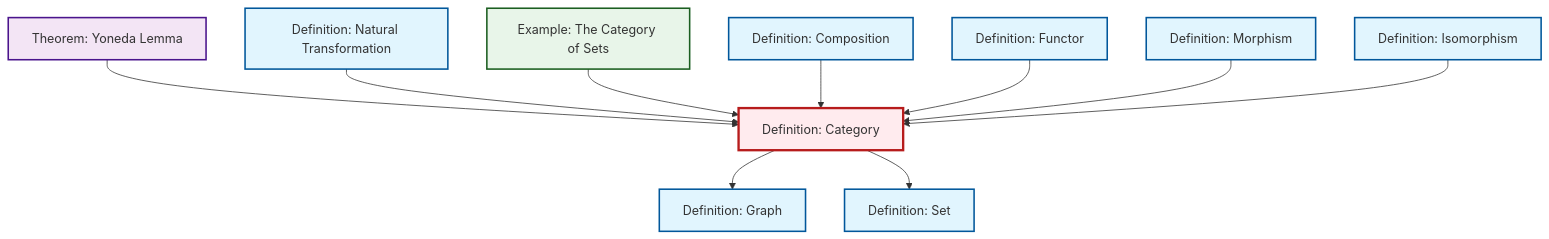
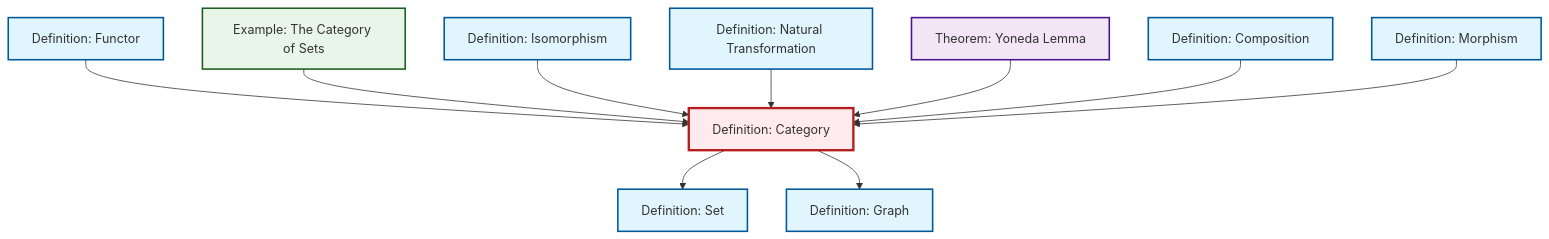
Before and after one commit to RK0429/ModernMath: the diagram in content/ja/category-theory/def-category.qmd, drawn with Mermaid. The commit also changed other lines of this file and 531 other files, not shown here.

````diff
--- a/content/ja/category-theory/def-category.qmd
+++ b/content/ja/category-theory/def-category.qmd
@@ -48,38 +48,38 @@
 ```{mermaid}
 %%| fig-cap: "Local dependency graph"
 graph TD
     classDef definition fill:#e1f5fe,stroke:#01579b,stroke-width:2px
     classDef theorem fill:#f3e5f5,stroke:#4a148c,stroke-width:2px
     classDef axiom fill:#fff3e0,stroke:#e65100,stroke-width:2px
     classDef example fill:#e8f5e9,stroke:#1b5e20,stroke-width:2px
     classDef current fill:#ffebee,stroke:#b71c1c,stroke-width:3px
+    def-set["Definition: Set"]:::definition
     def-natural-transformation["Definition: Natural Transformation"]:::definition
+    def-morphism["Definition: Morphism"]:::definition
+    def-functor["Definition: Functor"]:::definition
+    thm-yoneda["Theorem: Yoneda Lemma"]:::theorem
+    def-category["Definition: Category"]:::definition
     ex-set-category["Example: The Category of Sets"]:::example
-    def-set["Definition: Set"]:::definition
-    def-morphism["Definition: Morphism"]:::definition
-    def-category["Definition: Category"]:::definition
     def-composition["Definition: Composition"]:::definition
     def-graph["Definition: Graph"]:::definition
     def-isomorphism["Definition: Isomorphism"]:::definition
-    def-functor["Definition: Functor"]:::definition
-    thm-yoneda["Theorem: Yoneda Lemma"]:::theorem
-    thm-yoneda --> def-category
-    def-natural-transformation --> def-category
+    def-category --> def-set
+    def-functor --> def-category
     ex-set-category --> def-category
     def-category --> def-graph
+    def-isomorphism --> def-category
+    def-natural-transformation --> def-category
+    thm-yoneda --> def-category
     def-composition --> def-category
-    def-functor --> def-category
     def-morphism --> def-category
-    def-isomorphism --> def-category
-    def-category --> def-set
     class def-category current
+    click def-set "def-set.html" "Definition: Setへ"
     click def-natural-transformation "def-natural-transformation.html" "Definition: Natural Transformationへ"
+    click def-morphism "def-morphism.html" "Definition: Morphismへ"
+    click def-functor "def-functor.html" "Definition: Functorへ"
+    click thm-yoneda "thm-yoneda.html" "Theorem: Yoneda Lemmaへ"
     click ex-set-category "ex-set-category.html" "Example: The Category of Setsへ"
-    click def-set "def-set.html" "Definition: Setへ"
-    click def-morphism "def-morphism.html" "Definition: Morphismへ"
     click def-composition "def-composition.html" "Definition: Compositionへ"
     click def-graph "def-graph.html" "Definition: Graphへ"
     click def-isomorphism "def-isomorphism.html" "Definition: Isomorphismへ"
-    click def-functor "def-functor.html" "Definition: Functorへ"
-    click thm-yoneda "thm-yoneda.html" "Theorem: Yoneda Lemmaへ"
 ```
````
